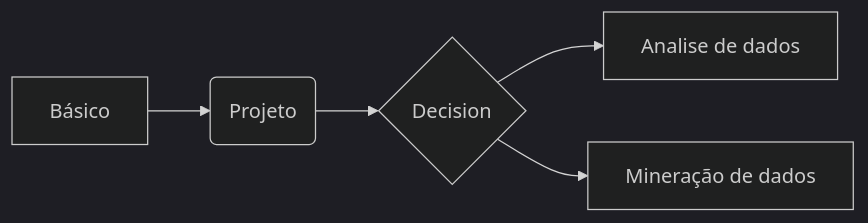
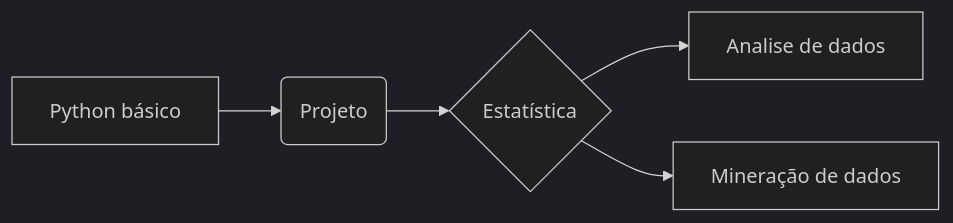
Before and after one commit to seperool/study_of_python: the diagram in python_basic.qmd, drawn with Mermaid (dark theme). The commit also changed other lines of this file and 1 other file, not shown here.

````diff
--- a/python_basic.qmd
+++ b/python_basic.qmd
@@ -66,7 +68,7 @@
 ```{mermaid}
 flowchart LR
-  A[Básico] --> B(Projeto)
-  B --> C{Decision}
-  C --> D[Analise de dados]
-  C --> E[Mineração de dados]
+  A[Python básico] --> B(Projeto)
+  B --> C{Estatística}
+  C --> E[Analise de dados]
+  C --> F[Mineração de dados]
 ```
````
